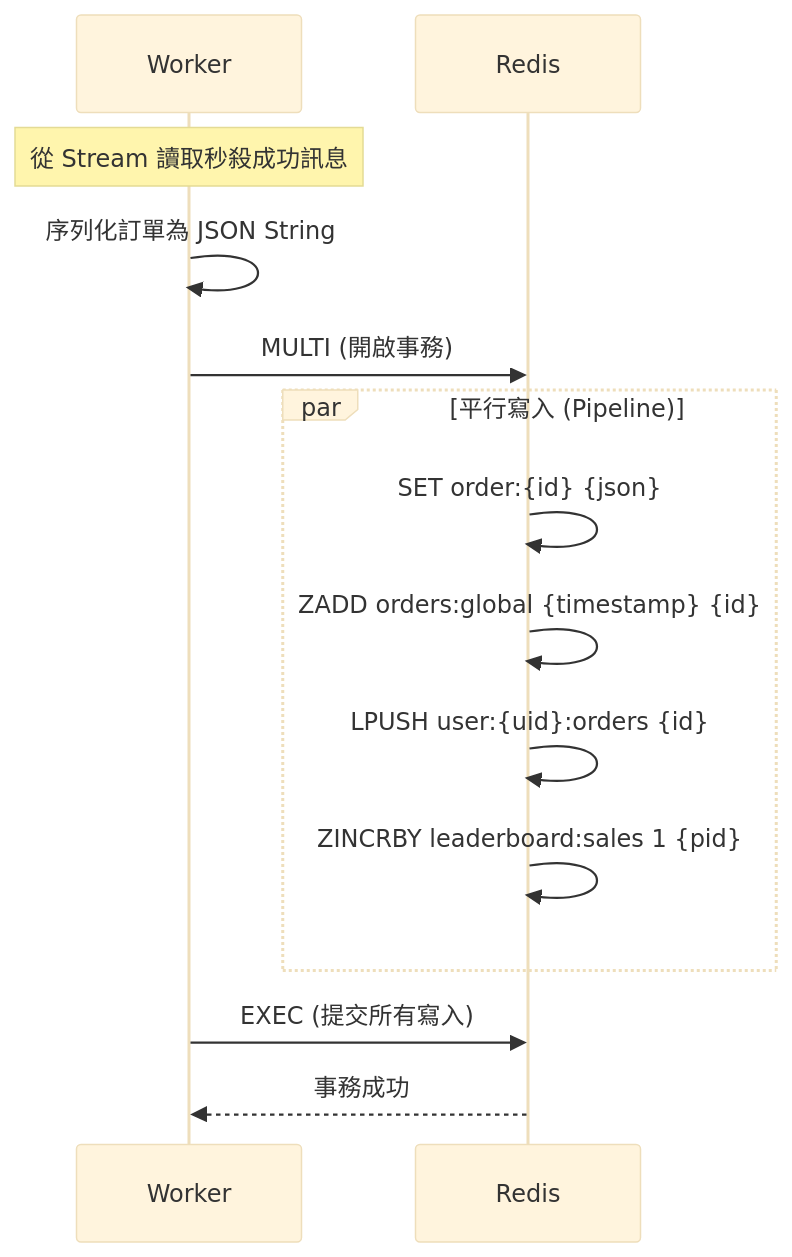
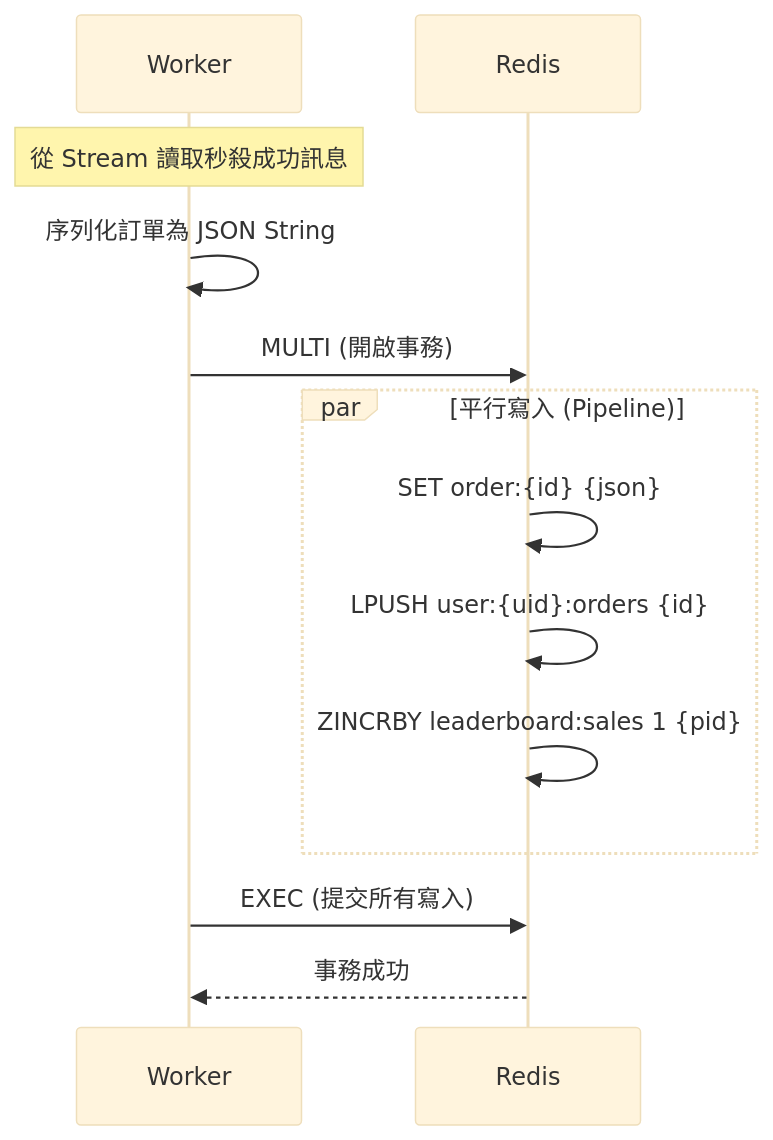
The diagram in README.md (lucashsu95/redis-seckill), drawn with Mermaid (base theme) before and after one commit. The commit also changed other lines of this file and 4 other files, not shown here.

````diff
--- a/README.md
+++ b/README.md
@@ -36,20 +36,19 @@
 ```mermaid
 sequenceDiagram
     participant Worker
     participant Redis
 
     Note over Worker: 從 Stream 讀取秒殺成功訊息
     Worker->>Worker: 序列化訂單為 JSON String
     
     Worker->>Redis: MULTI (開啟事務)
     
     par 平行寫入 (Pipeline)
         Redis->>Redis: SET order:{id} {json}
-        Redis->>Redis: ZADD orders:global {timestamp} {id}
         Redis->>Redis: LPUSH user:{uid}:orders {id}
         Redis->>Redis: ZINCRBY leaderboard:sales 1 {pid}
     end
     
     Worker->>Redis: EXEC (提交所有寫入)
     Redis-->>Worker: 事務成功
 ```
````
